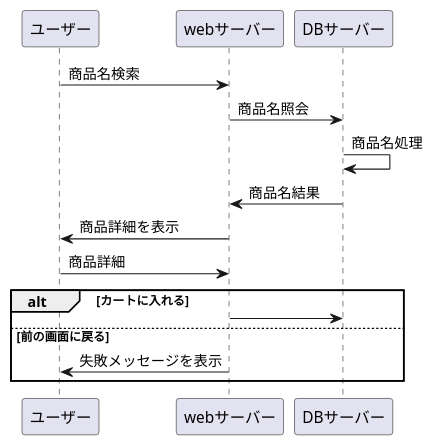
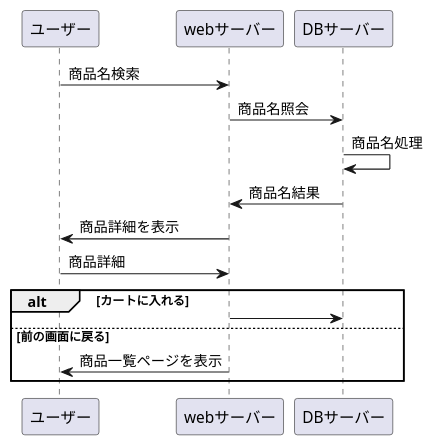
The diagram in syouhinnitirann.md (Aso2001403/2021sys-design), drawn with PlantUML before and after one commit.

````diff
--- a/syouhinnitirann.md
+++ b/syouhinnitirann.md
@@ -1,17 +1,17 @@
 ```uml
 @startuml
 
 
 ユーザー -> webサーバー : 商品名検索
 webサーバー -> DBサーバー : 商品名照会
 DBサーバー -> DBサーバー : 商品名処理
 DBサーバー -> webサーバー : 商品名結果
 webサーバー -> ユーザー : 商品詳細を表示
 ユーザー -> webサーバー : 商品詳細
 alt カートに入れる
  webサーバー -> DBサーバー :
  else 前の画面に戻る
- webサーバー -> ユーザー : 失敗メッセージを表示
+ webサーバー -> ユーザー : 商品一覧ページを表示
  end
 @enduml
 ```
````
